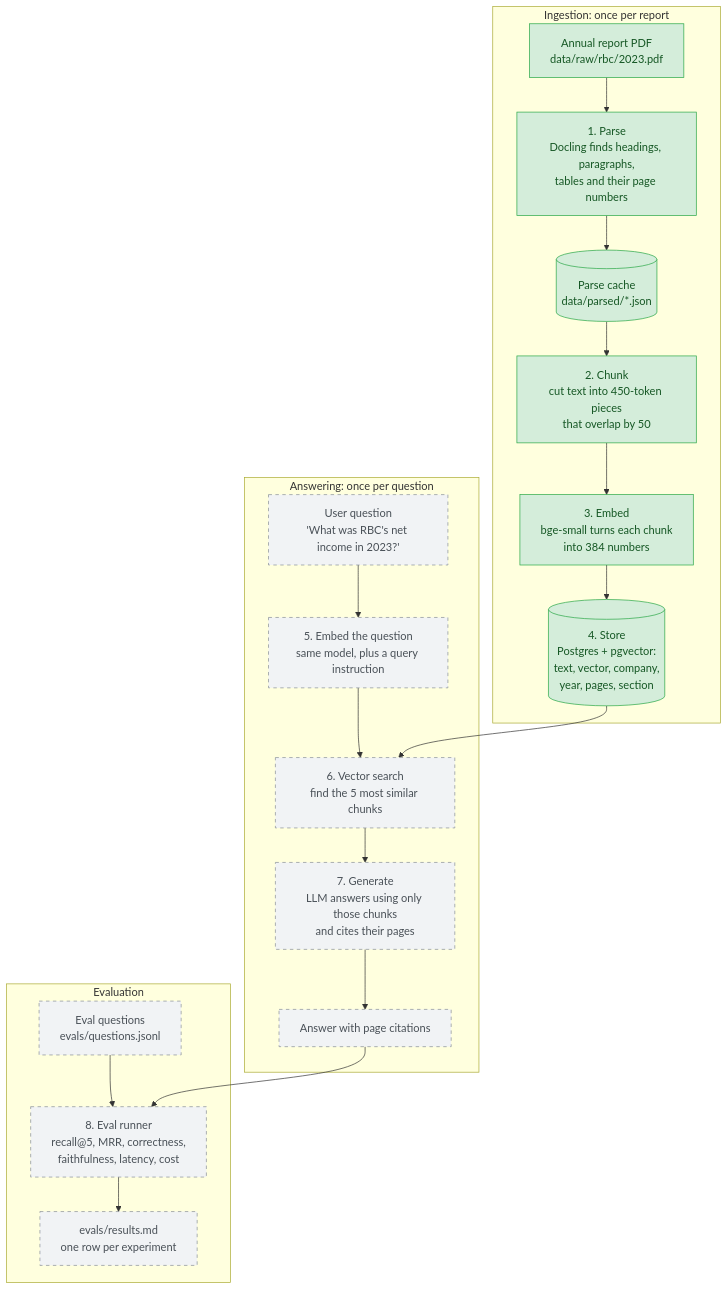
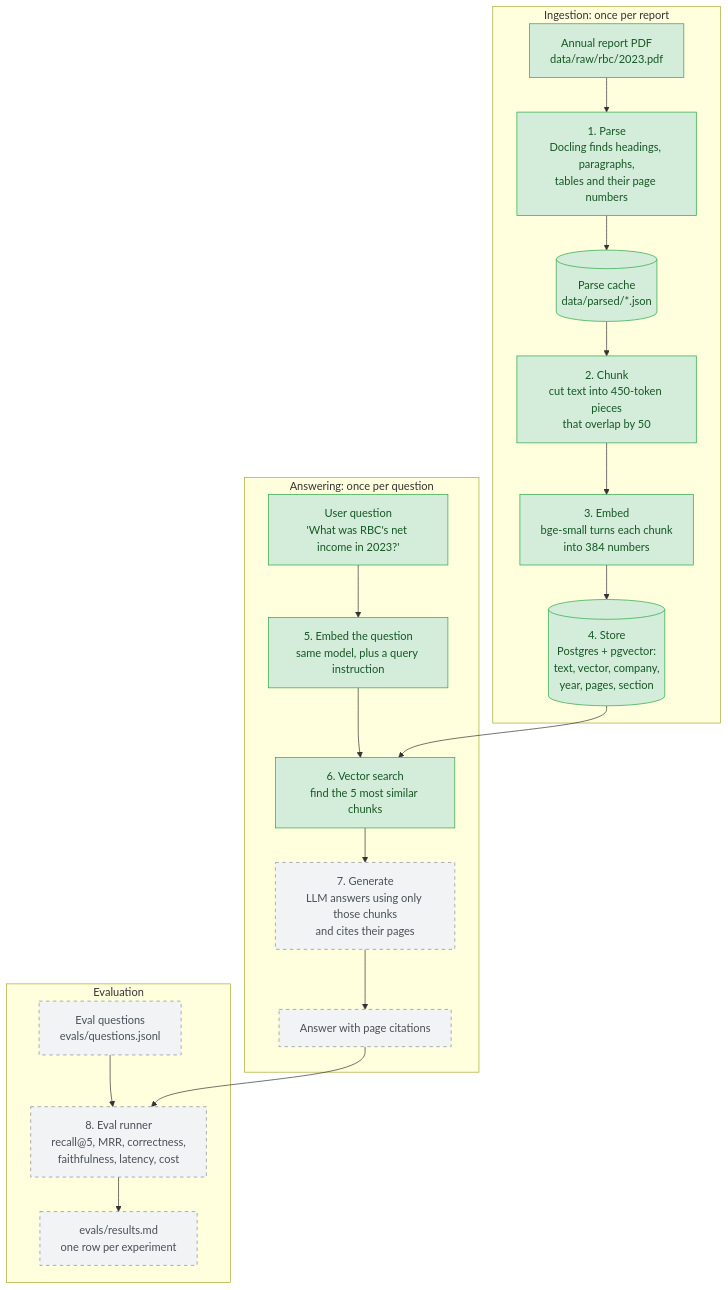
One commit to madeleine68/Reportlens changed the second of 6 diagrams in README.md. Above: the diagram before and after it, drawn with Mermaid. The commit also changed other lines of this file and 8 other files, not shown here.

````diff
--- a/README.md
+++ b/README.md
@@ -67,29 +67,29 @@
 ```mermaid
 flowchart TD
     subgraph ingest["Ingestion: once per report"]
         pdf["Annual report PDF<br/>data/raw/rbc/2023.pdf"] --> parse["1. Parse<br/>Docling finds headings, paragraphs,<br/>tables and their page numbers"]
         parse --> cache[("Parse cache<br/>data/parsed/*.json")]
         cache --> chunk["2. Chunk<br/>cut text into 450-token pieces<br/>that overlap by 50"]
         chunk --> embed["3. Embed<br/>bge-small turns each chunk<br/>into 384 numbers"]
         embed --> store[("4. Store<br/>Postgres + pgvector:<br/>text, vector, company,<br/>year, pages, section")]
     end
 
     subgraph answer["Answering: once per question"]
         q["User question<br/>'What was RBC's net income in 2023?'"] --> qembed["5. Embed the question<br/>same model, plus a query instruction"]
         qembed --> search["6. Vector search<br/>find the 5 most similar chunks"]
         store --> search
         search --> gen["7. Generate<br/>LLM answers using only those chunks<br/>and cites their pages"]
         gen --> out["Answer with page citations"]
     end
 
     subgraph evals["Evaluation"]
         qs["Eval questions<br/>evals/questions.jsonl"] --> run["8. Eval runner<br/>recall@5, MRR, correctness,<br/>faithfulness, latency, cost"]
         out --> run
         run --> results["evals/results.md<br/>one row per experiment"]
     end
 
     classDef done fill:#d4edda,stroke:#28a745,color:#155724
     classDef planned fill:#f1f3f5,stroke:#868e96,color:#495057,stroke-dasharray: 5 5
-    class pdf,parse,cache,chunk,embed,store done
-    class q,qembed,search,gen,out,qs,run,results planned
+    class pdf,parse,cache,chunk,embed,store,q,qembed,search done
+    class gen,out,qs,run,results planned
 ```
````
